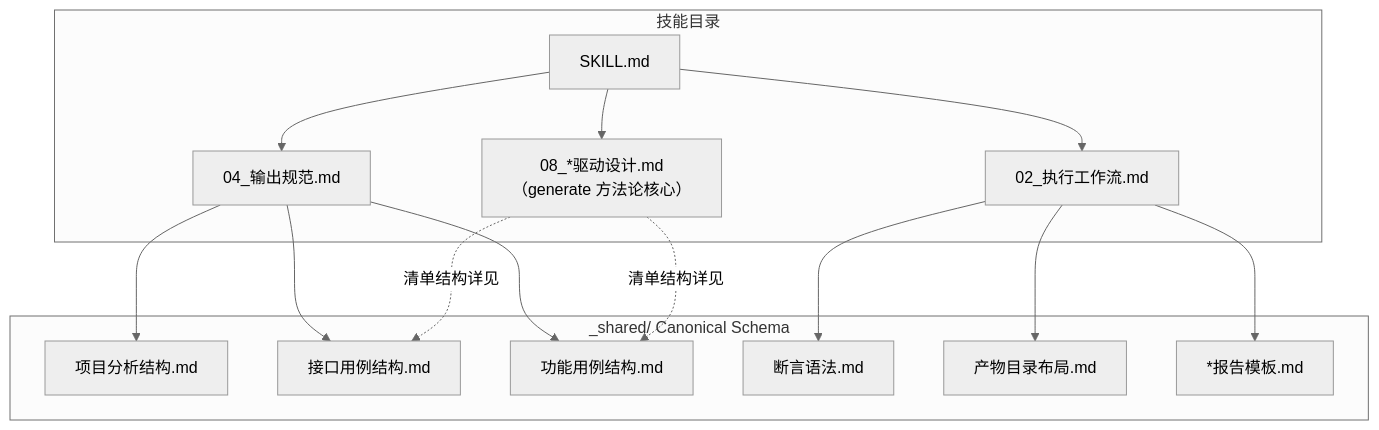
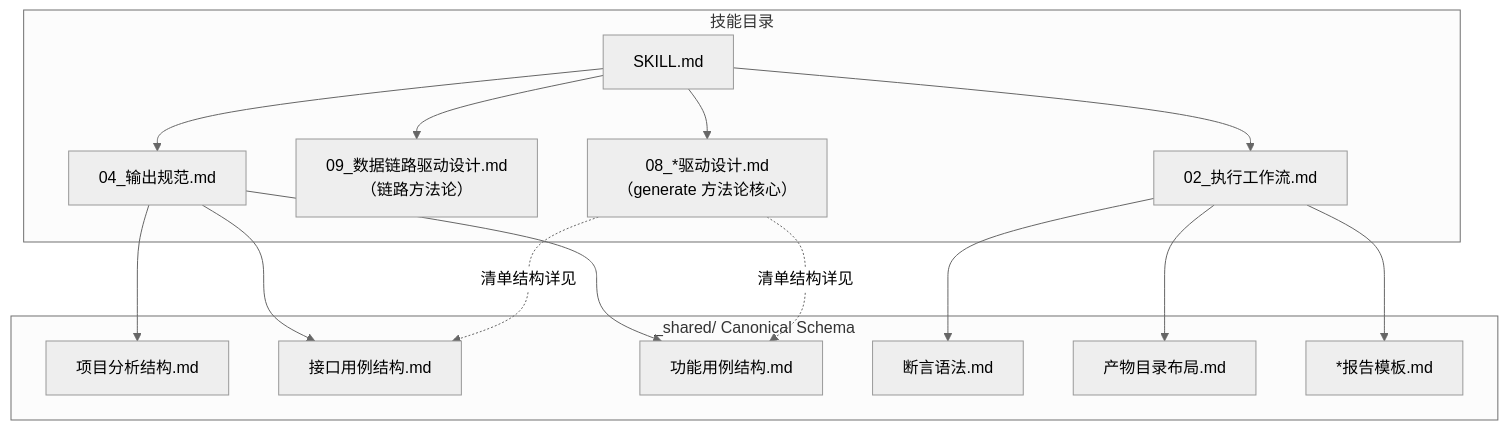
Before and after one commit to MakaCove/ai-test-pipeline: the third of 6 diagrams in 架构与流程.md, drawn with Mermaid (neutral theme). The commit also changed other lines of this file and 42 other files, not shown here.

````diff
--- a/架构与流程.md
+++ b/架构与流程.md
@@ -119,24 +119,25 @@
 ```mermaid
 flowchart TB
     subgraph 技能["技能目录"]
         SKILL["SKILL.md"]
         F08["08_*驱动设计.md<br/>（generate 方法论核心）"]
+        F09["09_数据链路驱动设计.md<br/>（链路方法论）"]
         F02["02_执行工作流.md"]
         F04["04_输出规范.md"]
     end
 
     subgraph 共享["_shared/ Canonical Schema"]
         SH_PA["项目分析结构.md"]
         SH_API["接口用例结构.md"]
         SH_FUNC["功能用例结构.md"]
         SH_ASSERT["断言语法.md"]
         SH_ART["产物目录布局.md"]
         SH_RPT["*报告模板.md"]
     end
 
-    SKILL --> F02 & F04 & F08
+    SKILL --> F02 & F04 & F08 & F09
 
     F04 --> SH_PA & SH_API & SH_FUNC
     F02 --> SH_ASSERT & SH_ART & SH_RPT
     F08 -.->|"清单结构详见"| SH_API & SH_FUNC
 ```
````
